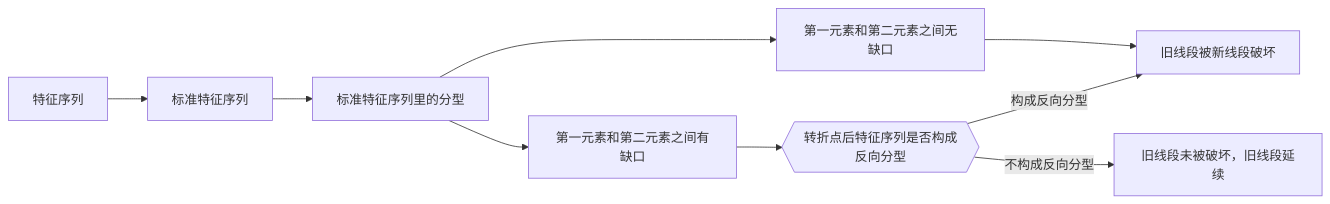
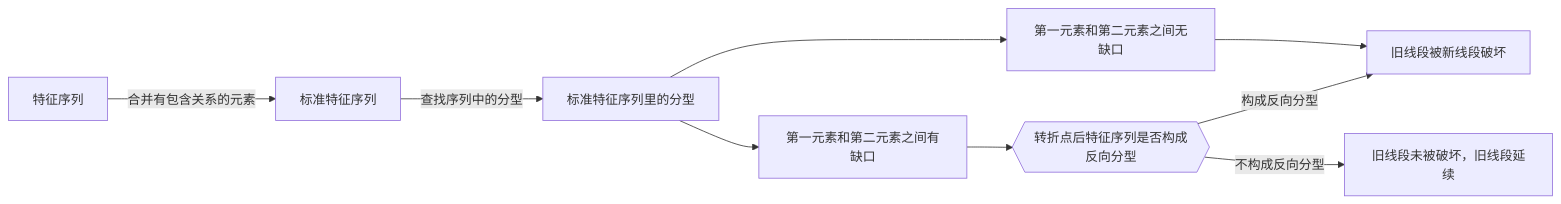
The diagram in 3-缠论/4-线段.md (ellendan000/book-xp), drawn with Mermaid before and after one commit.

Commit message:
(fix) fix diagram

````diff
--- a/3-缠论/4-线段.md
+++ b/3-缠论/4-线段.md
@@ -53,9 +53,9 @@
 ```mermaid
-graph LR;
-  A[特征序列] --> B[标准特征序列] --> C[标准特征序列里的分型];
+flowchart LR;
+  A[特征序列] --合并有包含关系的元素--> B[标准特征序列] --查找序列中的分型--> C[标准特征序列里的分型];
   C --> C1[第一元素和第二元素之间无缺口] & C2[第一元素和第二元素之间有缺口];
   C1 --> G[旧线段被新线段破坏];
   C2 --> E{{转折点后特征序列是否构成反向分型}};
   E --构成反向分型--> G;
   E --不构成反向分型--> N[旧线段未被破坏，旧线段延续];
 ```
````
